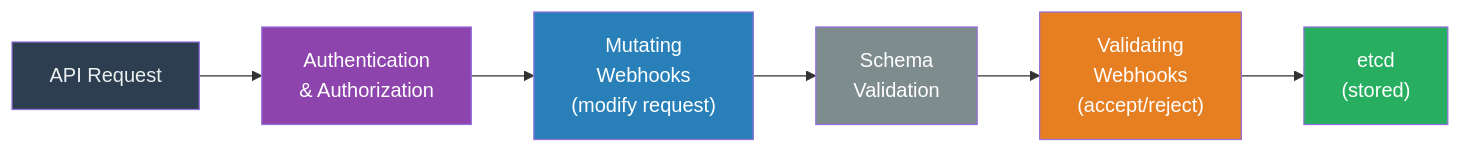
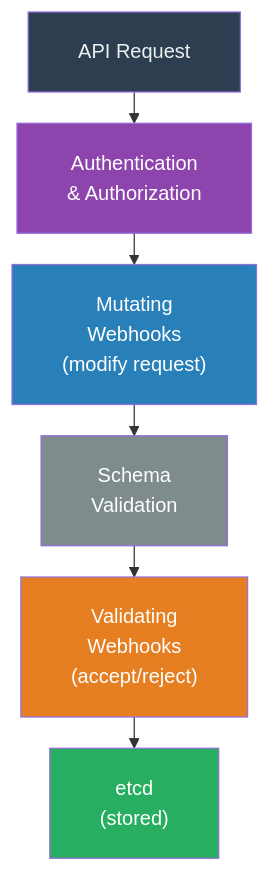
Before and after one commit to Alnour/kube_book: the third of 4 diagrams in Chapter_6_Expanded.md, drawn with Mermaid. The commit also changed other lines of this file and 7 other files, not shown here.

First line of the commit message:
Fix Mermaid diagram sizing, layout, and label rendering

````diff
--- a/Chapter_6_Expanded.md
+++ b/Chapter_6_Expanded.md
@@ -169,15 +171,16 @@
 ```mermaid
-graph LR
-    Req["API Request"] --> Auth["Authentication\n& Authorization"]
-    Auth --> Mutating["Mutating\nWebhooks\n(modify request)"]
-    Mutating --> Schema["Schema\nValidation"]
-    Schema --> Validating["Validating\nWebhooks\n(accept/reject)"]
-    Validating --> etcd["etcd\n(stored)"]
+%%{init: {'flowchart': {'nodeSpacing': 10, 'rankSpacing': 25, 'padding': 20, 'subGraphTitleMargin': {'top': 10, 'bottom': 5}}}}%%
+graph TB
+    Req["API Request"] --> Auth["Authentication<br/>& Authorization"]
+    Auth --> Mutating["Mutating<br/>Webhooks<br/>(modify request)"]
+    Mutating --> Schema["Schema<br/>Validation"]
+    Schema --> Validating["Validating<br/>Webhooks<br/>(accept/reject)"]
+    Validating --> etcd["etcd<br/>(stored)"]
 
     style Req fill:#2c3e50,color:#ecf0f1
     style Auth fill:#8e44ad,color:#fff
     style Mutating fill:#2980b9,color:#fff
     style Schema fill:#7f8c8d,color:#fff
     style Validating fill:#e67e22,color:#fff
     style etcd fill:#27ae60,color:#fff
 ```
````
